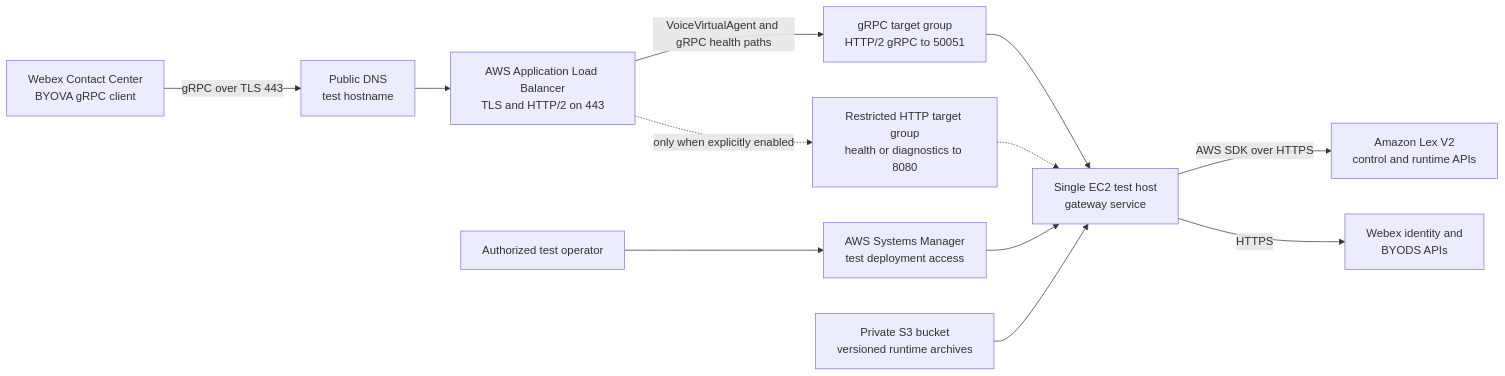
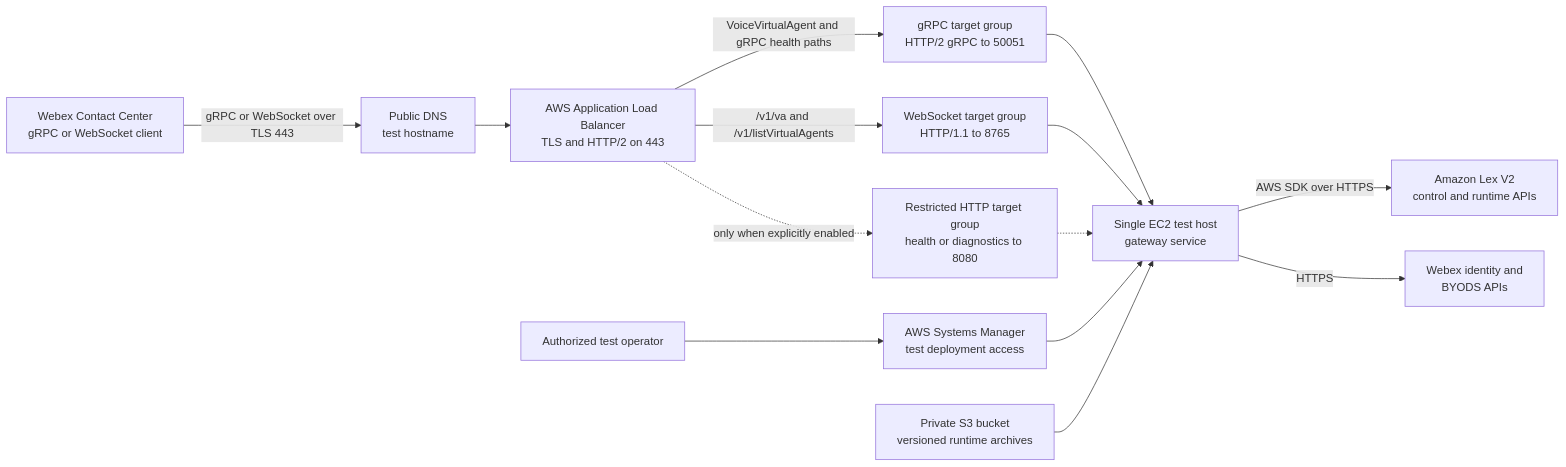
One commit to adamweeks/webex-byova-gateway-python changed the diagram in docs/AWS_TEST_DEPLOYMENT_CONSIDERATIONS.md. Above: the diagram before and after it, drawn with Mermaid. The commit also changed other lines of this file and 59 other files, not shown here.

Commit message:
feat: add pluggable WebSocket transport

````diff
--- a/docs/AWS_TEST_DEPLOYMENT_CONSIDERATIONS.md
+++ b/docs/AWS_TEST_DEPLOYMENT_CONSIDERATIONS.md
@@ -35,26 +40,29 @@
 ```mermaid
 flowchart LR
-    wxcc["Webex Contact Center<br/>BYOVA gRPC client"]
+    wxcc["Webex Contact Center<br/>gRPC or WebSocket client"]
     dns["Public DNS<br/>test hostname"]
     alb["AWS Application Load Balancer<br/>TLS and HTTP/2 on 443"]
     grpc_tg["gRPC target group<br/>HTTP/2 gRPC to 50051"]
+    ws_tg["WebSocket target group<br/>HTTP/1.1 to 8765"]
     http_tg["Restricted HTTP target group<br/>health or diagnostics to 8080"]
     ec2["Single EC2 test host<br/>gateway service"]
     lex["Amazon Lex V2<br/>control and runtime APIs"]
     webex["Webex identity and<br/>BYODS APIs"]
     s3["Private S3 bucket<br/>versioned runtime archives"]
     ssm["AWS Systems Manager<br/>test deployment access"]
     operator["Authorized test operator"]
 
-    wxcc -->|"gRPC over TLS 443"| dns
+    wxcc -->|"gRPC or WebSocket over TLS 443"| dns
     dns --> alb
     alb -->|"VoiceVirtualAgent and gRPC health paths"| grpc_tg
+    alb -->|"/v1/va and /v1/listVirtualAgents"| ws_tg
     alb -.->|"only when explicitly enabled"| http_tg
     grpc_tg --> ec2
+    ws_tg --> ec2
     http_tg -.-> ec2
     ec2 -->|"AWS SDK over HTTPS"| lex
     ec2 -->|"HTTPS"| webex
     operator --> ssm
     ssm --> ec2
     s3 --> ec2
 ```
````
